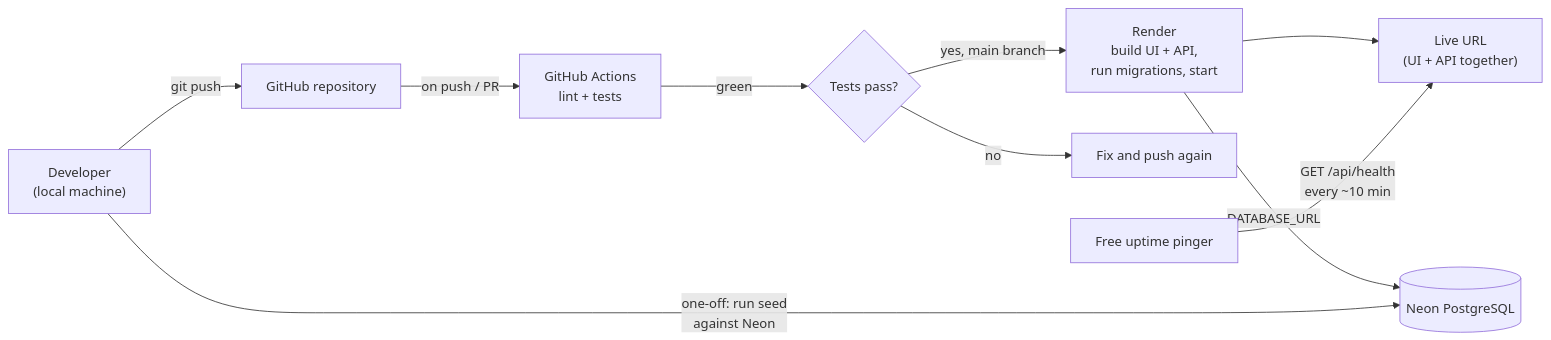
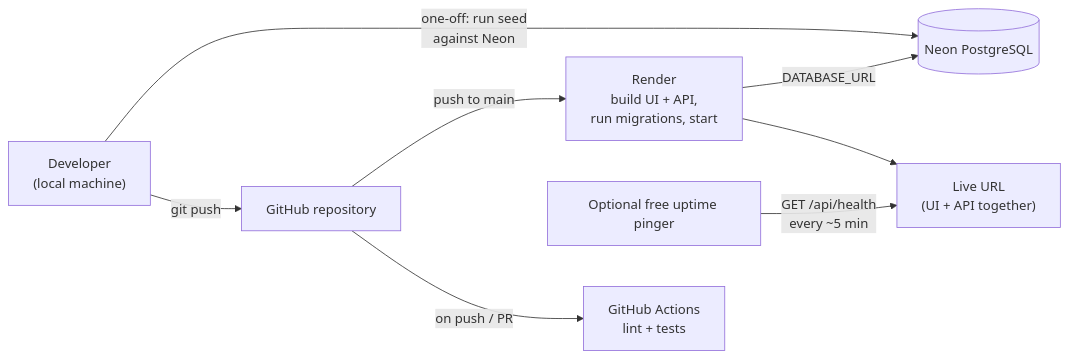
One commit to prasadm00/salary-management changed the third of 5 diagrams in docs/DESIGN.md. Above: the diagram before and after it, drawn with Mermaid. The commit also changed other lines of this file and 15 other files, not shown here.

````diff
--- a/docs/DESIGN.md
+++ b/docs/DESIGN.md
@@ -65,12 +65,10 @@
 ```mermaid
 flowchart LR
     DEV["Developer<br/>(local machine)"] -- "git push" --> GH["GitHub repository"]
     GH -- "on push / PR" --> CI["GitHub Actions<br/>lint + tests"]
-    CI -- "green" --> OK{"Tests pass?"}
-    OK -- "yes, main branch" --> RENDER["Render<br/>build UI + API,<br/>run migrations, start"]
-    OK -- "no" --> FIX["Fix and push again"]
+    GH -- "push to main" --> RENDER["Render<br/>build UI + API,<br/>run migrations, start"]
     RENDER --> LIVE["Live URL<br/>(UI + API together)"]
     RENDER -- "DATABASE_URL" --> NEON[("Neon PostgreSQL")]
-    PING["Free uptime pinger"] -- "GET /api/health<br/>every ~10 min" --> LIVE
+    PING["Optional free uptime pinger"] -- "GET /api/health<br/>every ~5 min" --> LIVE
     DEV -- "one-off: run seed<br/>against Neon" --> NEON
 ```
````
